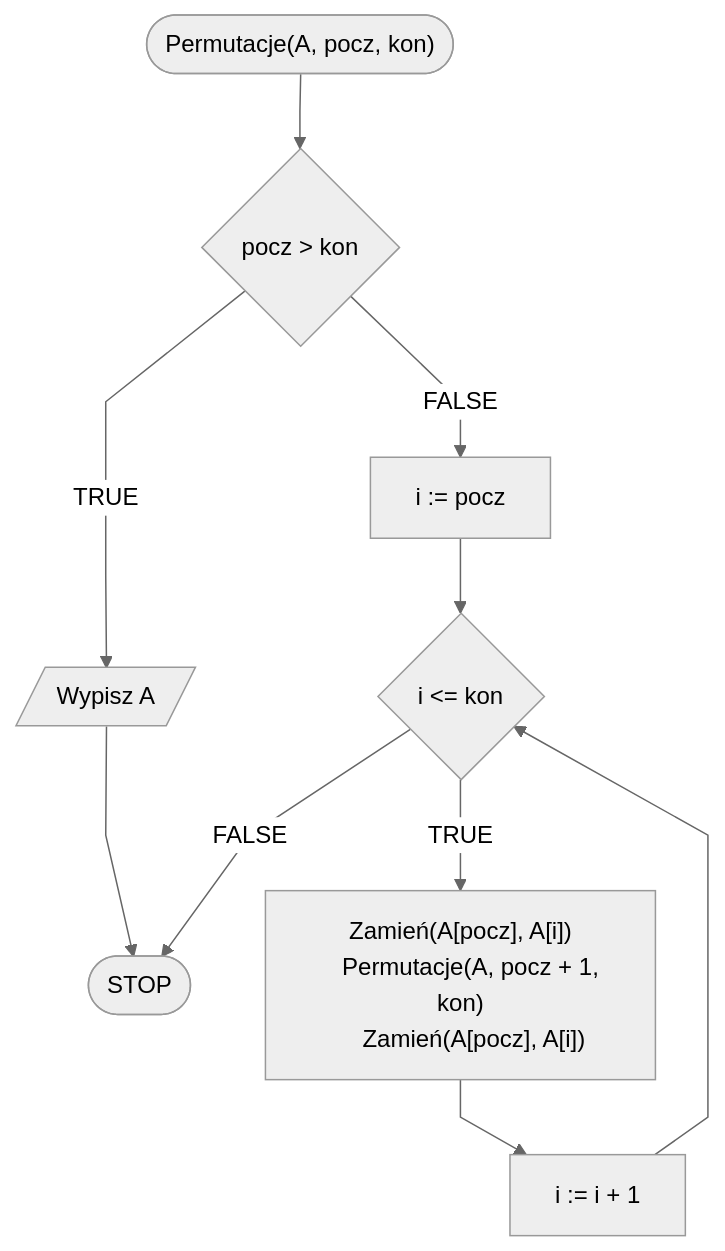
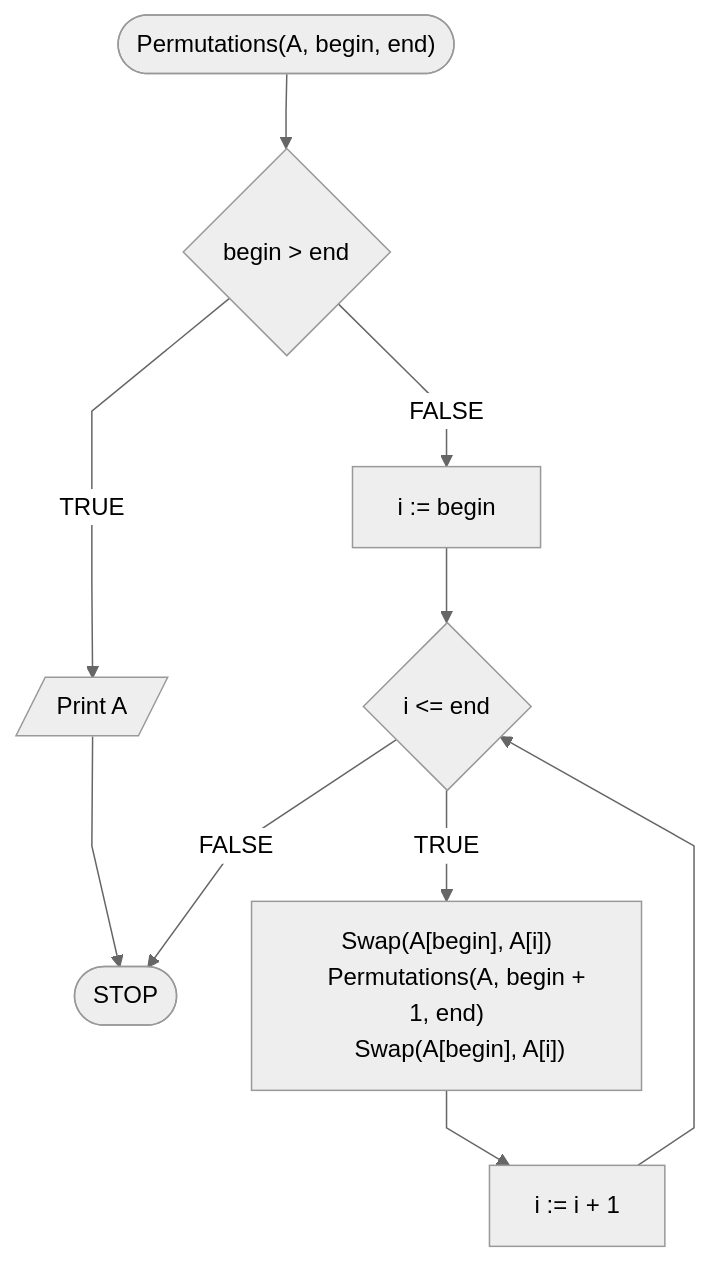
Before and after one commit to blackbat13/edu-cs-htiew-en: the diagram in docs/algorithms/backtracking/permutations.md, drawn with Mermaid. The commit also changed other lines of this file and 8 other files, not shown here.

````diff
--- a/docs/algorithms/backtracking/permutations.md
+++ b/docs/algorithms/backtracking/permutations.md
@@ -38,15 +38,15 @@
 ```mermaid
 %%{init: {"flowchart": {"curve": "linear"}, "theme": "neutral"} }%%
 flowchart TD
-    START(["Permutacje(A, pocz, kon)"]) --> K1{pocz > kon}
-    K1 -- TRUE --> K2[/Wypisz A/]
+    START(["Permutations(A, begin, end)"]) --> K1{begin > end}
+    K1 -- TRUE --> K2[/Print A/]
     K2 --> STOP([STOP])
-    K1 -- FALSE --> K4p[i := pocz]
-    K4p --> K4{i <= kon}
-    K4 -- TRUE --> K5["Zamień(A[pocz], A[i])
-    Permutacje(A, pocz + 1, kon)
-    Zamień(A[pocz], A[i])"]
+    K1 -- FALSE --> K4p[i := begin]
+    K4p --> K4{i <= end}
+    K4 -- TRUE --> K5["Swap(A[begin], A[i])
+    Permutations(A, begin + 1, end)
+    Swap(A[begin], A[i])"]
     K5 --> K4i[i := i + 1]
     K4i --> K4
     K4 -- FALSE --> STOP
 ```
````
